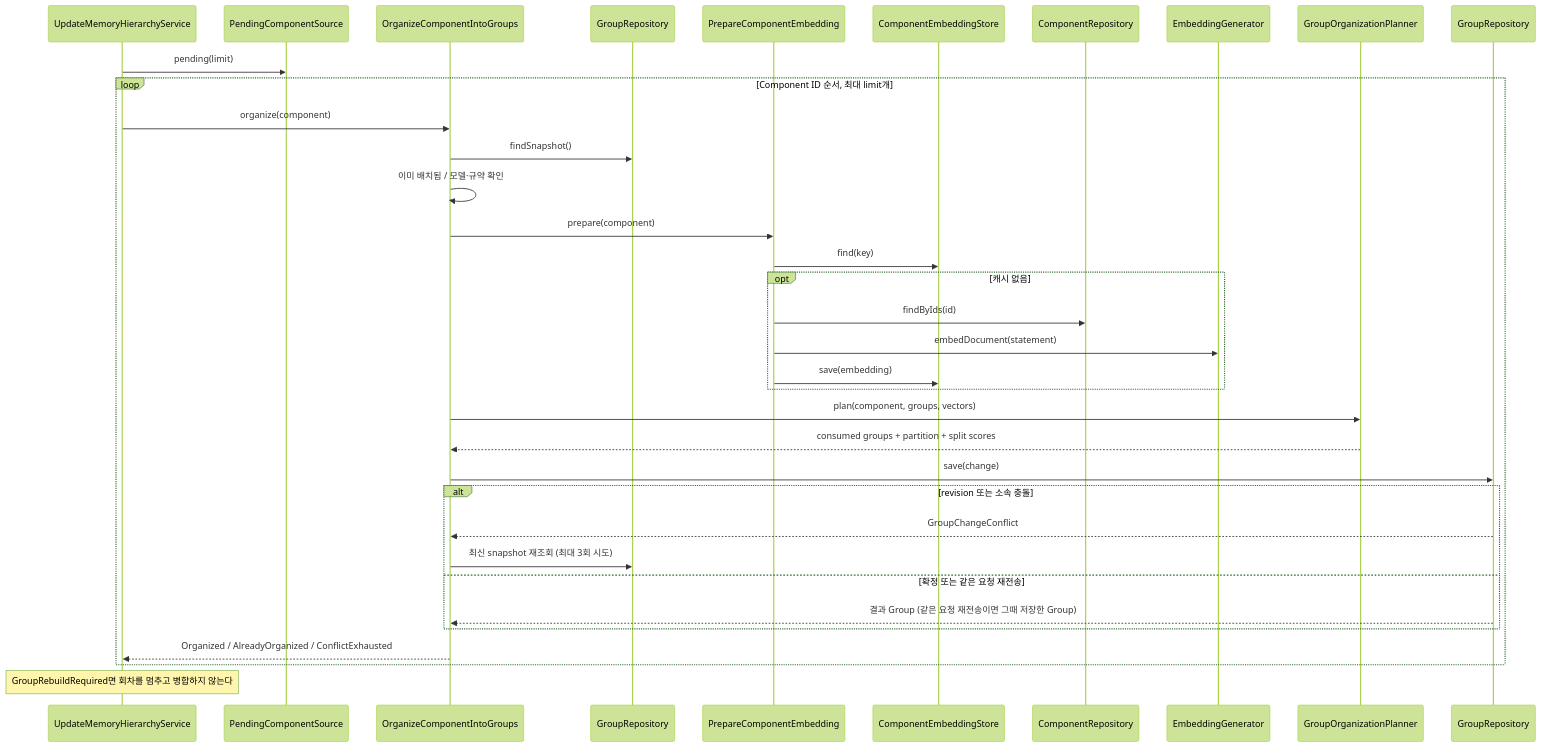
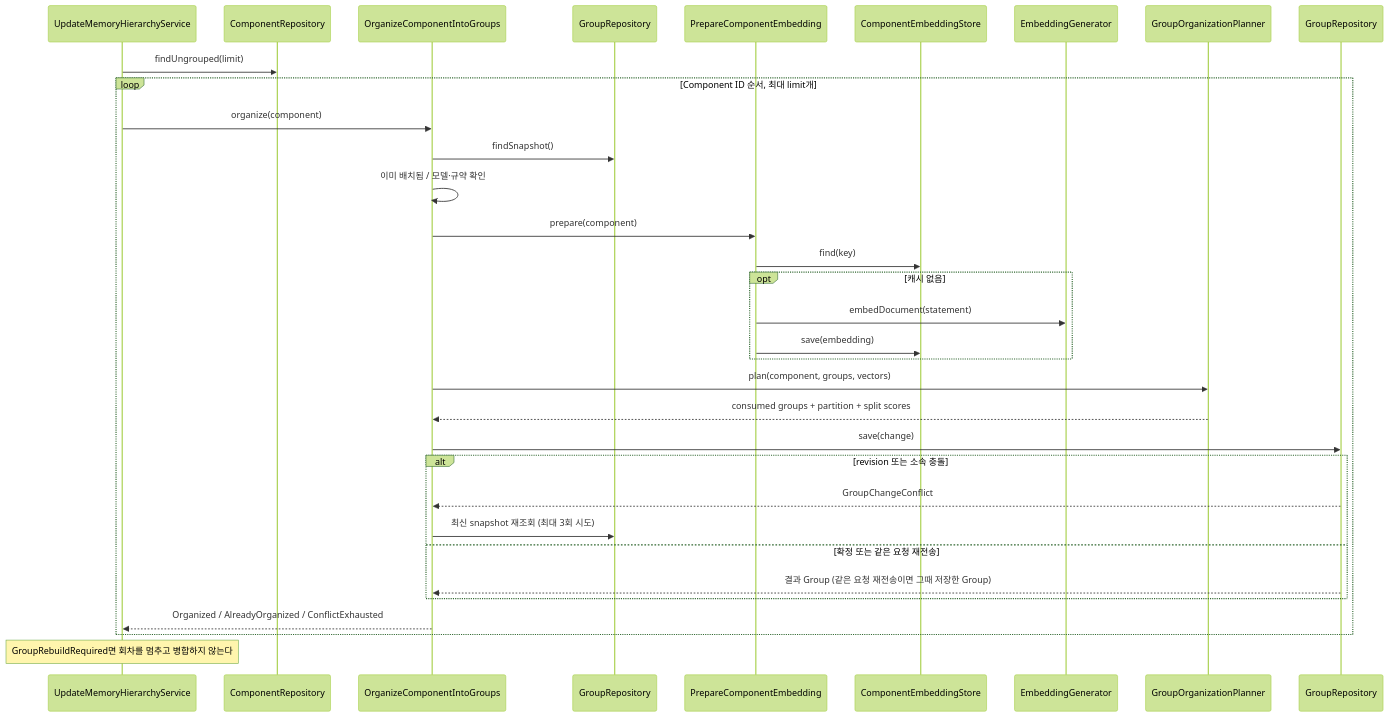
The diagram in application/src/main/kotlin/com/homeassistant/application/usecase/memoryextraction/group/README.md (magenta1223/home_assistant), drawn with Mermaid (forest theme) before and after one commit. The commit also changed other lines of this file and 25 other files, not shown here.

````diff
--- a/application/src/main/kotlin/com/homeassistant/application/usecase/memoryextraction/group/README.md
+++ b/application/src/main/kotlin/com/homeassistant/application/usecase/memoryextraction/group/README.md
@@ -14,37 +14,35 @@
 ```mermaid
 sequenceDiagram
     participant Update as UpdateMemoryHierarchyService
-    participant Pending as PendingComponentSource
+    participant Components as ComponentRepository
     participant One as OrganizeComponentIntoGroups
     participant Snapshots as GroupRepository
     participant Embedding as PrepareComponentEmbedding
     participant Cache as ComponentEmbeddingStore
-    participant Components as ComponentRepository
     participant Generator as EmbeddingGenerator
     participant Policy as GroupOrganizationPlanner
     participant Writer as GroupRepository
-    Update->>Pending: pending(limit)
+    Update->>Components: findUngrouped(limit)
     loop Component ID 순서, 최대 limit개
         Update->>One: organize(component)
         One->>Snapshots: findSnapshot()
         One->>One: 이미 배치됨 / 모델·규약 확인
         One->>Embedding: prepare(component)
         Embedding->>Cache: find(key)
         opt 캐시 없음
-            Embedding->>Components: findByIds(id)
             Embedding->>Generator: embedDocument(statement)
             Embedding->>Cache: save(embedding)
         end
         One->>Policy: plan(component, groups, vectors)
         Policy-->>One: consumed groups + partition + split scores
         One->>Writer: save(change)
         alt revision 또는 소속 충돌
             Writer-->>One: GroupChangeConflict
             One->>Snapshots: 최신 snapshot 재조회 (최대 3회 시도)
         else 확정 또는 같은 요청 재전송
             Writer-->>One: 결과 Group (같은 요청 재전송이면 그때 저장한 Group)
         end
         One-->>Update: Organized / AlreadyOrganized / ConflictExhausted
     end
     Note over Update: GroupRebuildRequired면 회차를 멈추고 병합하지 않는다
 ```
````
